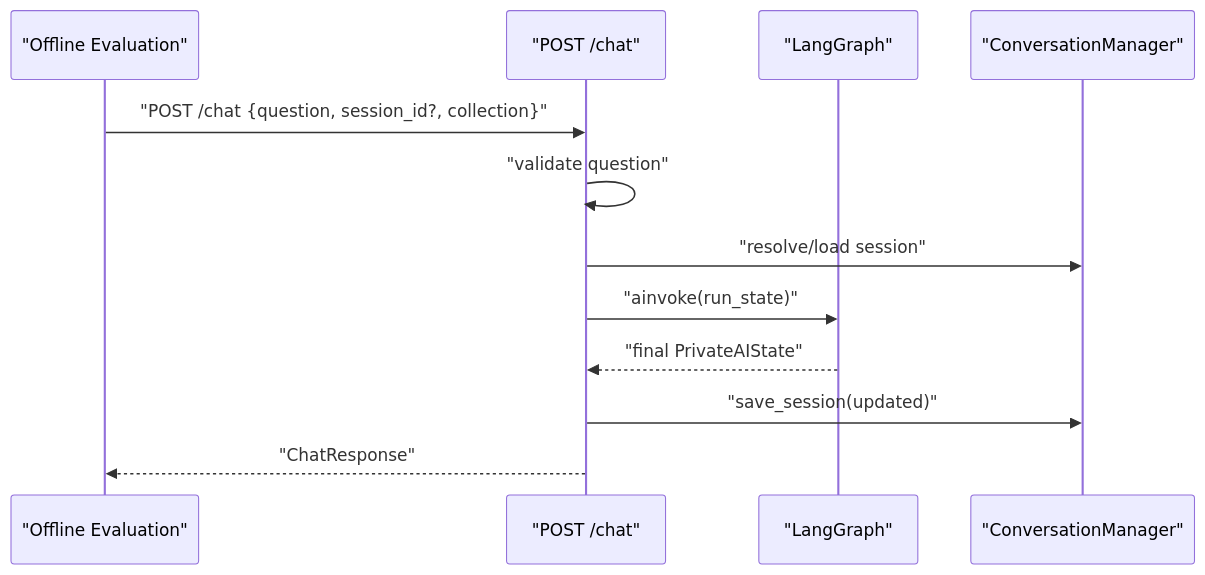
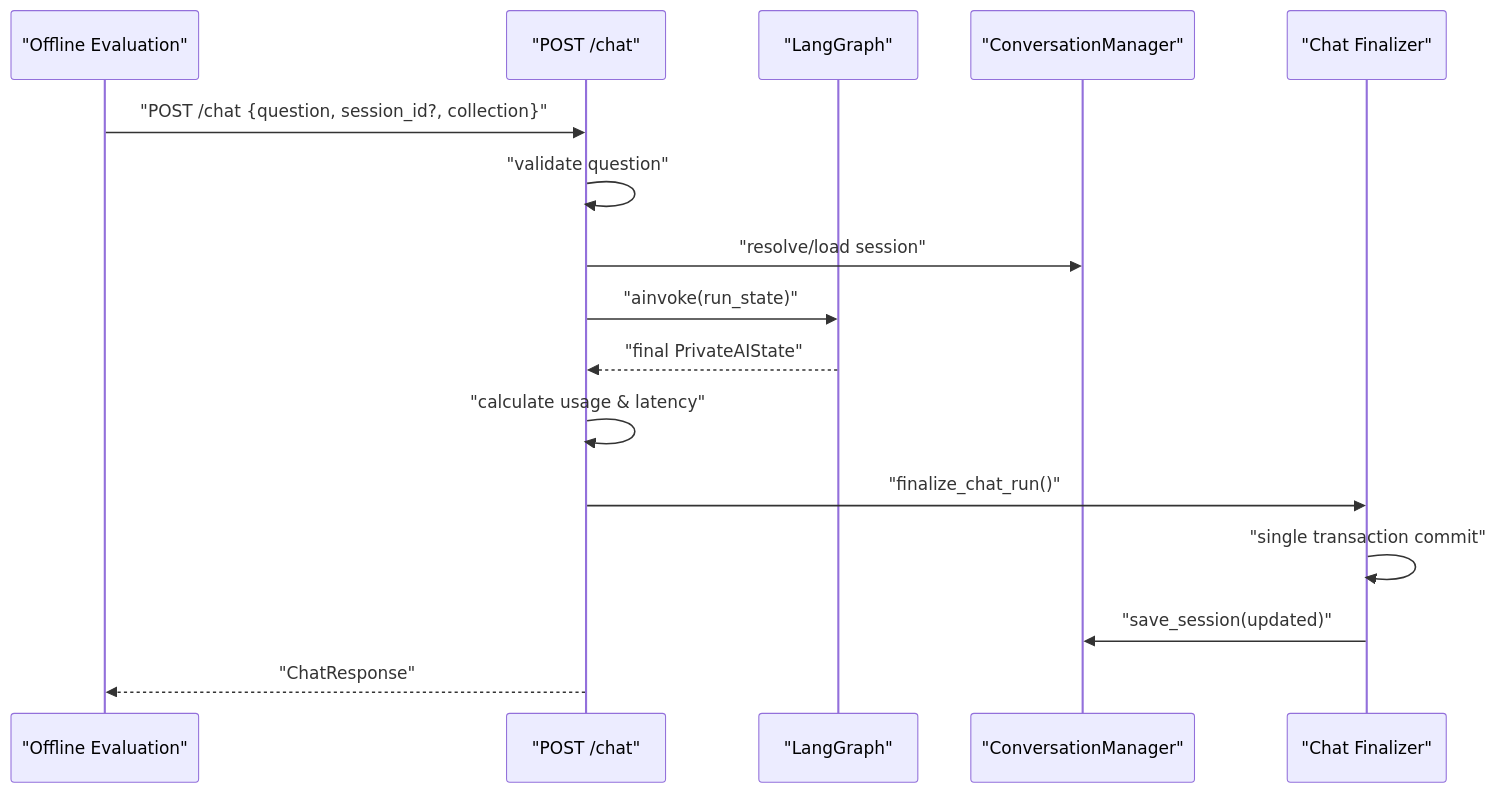
Before and after one commit to genes8/private-ai: the third of 7 diagrams in .qoder/repowiki/en/content/Backend Development/API Endpoints/Chat Endpoints.md, drawn with Mermaid. The commit also changed other lines of this file and 12 other files, not shown here.

````diff
--- a/.qoder/repowiki/en/content/Backend Development/API Endpoints/Chat Endpoints.md
+++ b/.qoder/repowiki/en/content/Backend Development/API Endpoints/Chat Endpoints.md
@@ -187,14 +225,18 @@
 ```mermaid
 sequenceDiagram
 participant Eval as "Offline Evaluation"
 participant Routes as "POST /chat"
 participant Graph as "LangGraph"
 participant Conv as "ConversationManager"
+participant Finalizer as "Chat Finalizer"
 Eval->>Routes : "POST /chat {question, session_id?, collection}"
 Routes->>Routes : "validate question"
 Routes->>Conv : "resolve/load session"
 Routes->>Graph : "ainvoke(run_state)"
 Graph-->>Routes : "final PrivateAIState"
-Routes->>Conv : "save_session(updated)"
+Routes->>Routes : "calculate usage & latency"
+Routes->>Finalizer : "finalize_chat_run()"
+Finalizer->>Finalizer : "single transaction commit"
+Finalizer->>Conv : "save_session(updated)"
 Routes-->>Eval : "ChatResponse"
 ```
````
